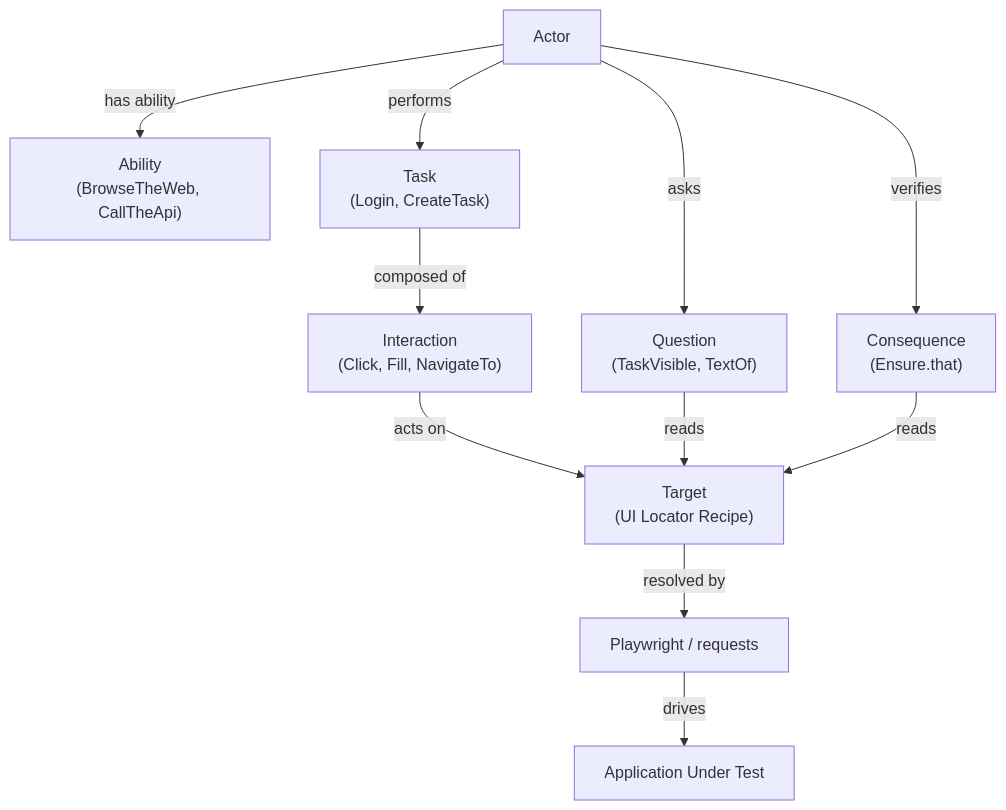
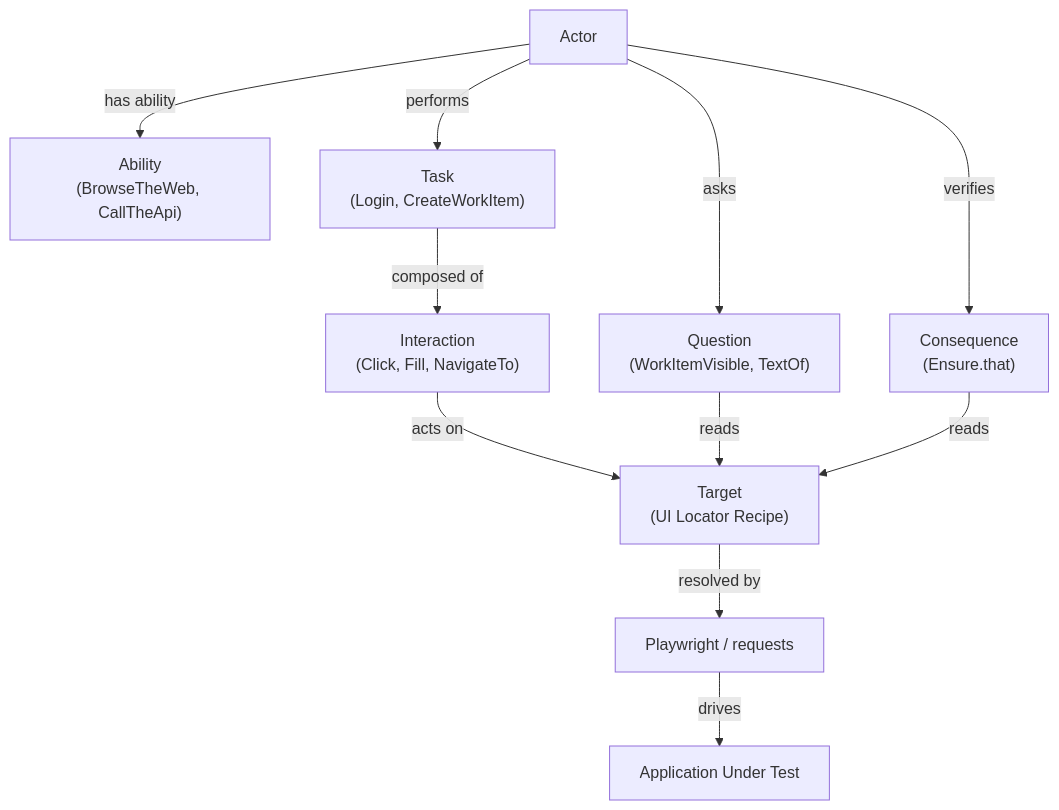
Before and after one commit to stansiris/playwright-pytest-screenplay-framework: the diagram in README.md, drawn with Mermaid. The commit also changed other lines of this file and 91 other files, not shown here.

Commit message:
Rename TaskHub example to Work Items

````diff
--- a/README.md
+++ b/README.md
@@ -85,24 +85,24 @@
 ```mermaid
 graph TD
 
 Actor["Actor"]
 Ability["Ability<br/>(BrowseTheWeb, CallTheApi)"]
-Task["Task<br/>(Login, CreateTask)"]
+Task["Task<br/>(Login, CreateWorkItem)"]
 Interaction["Interaction<br/>(Click, Fill, NavigateTo)"]
-Question["Question<br/>(TaskVisible, TextOf)"]
+Question["Question<br/>(WorkItemVisible, TextOf)"]
 Consequence["Consequence<br/>(Ensure.that)"]
 Target["Target<br/>(UI Locator Recipe)"]
 Playwright["Playwright / requests"]
 System["Application Under Test"]
 
 Actor -->|has ability| Ability
 Actor -->|performs| Task
 Task -->|composed of| Interaction
 Interaction -->|acts on| Target
 Target -->|resolved by| Playwright
 Playwright -->|drives| System
 Actor -->|asks| Question
 Question -->|reads| Target
 Actor -->|verifies| Consequence
 Consequence -->|reads| Target
 ```
````
